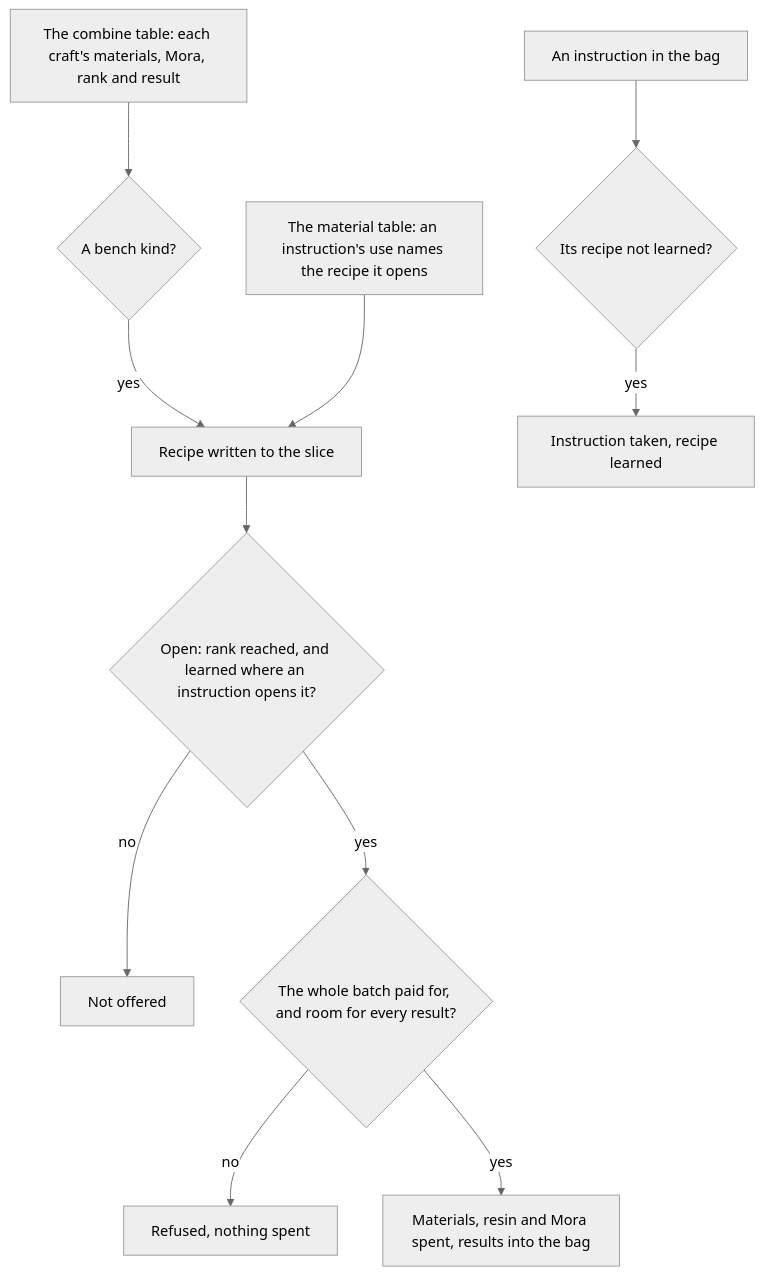
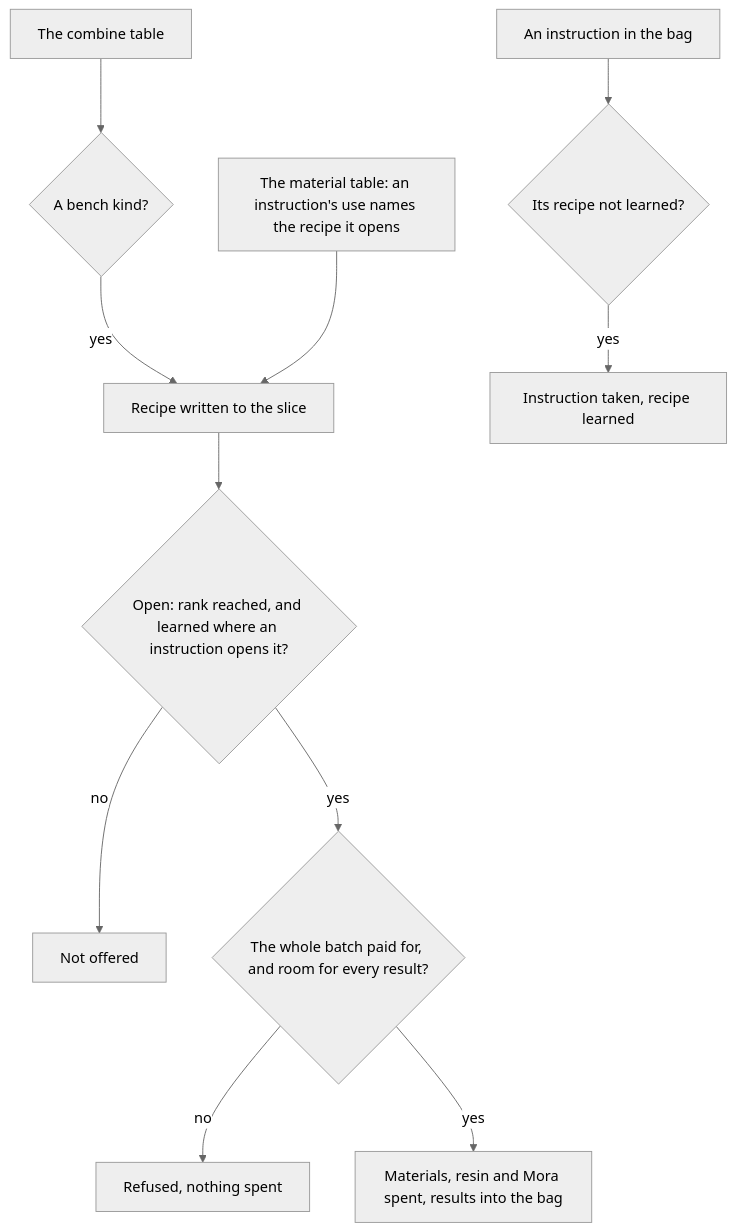
The first of 2 diagrams in openspec/specs/genshin/crafting/design.md (Esposter/Esposter), drawn with Mermaid (neutral theme) before and after one commit. The commit also changed other lines of this file and 8 other files, not shown here.

````diff
--- a/openspec/specs/genshin/crafting/design.md
+++ b/openspec/specs/genshin/crafting/design.md
@@ -7,13 +7,13 @@
 ```mermaid
 flowchart TD
-  C["The combine table: each craft's materials, Mora, rank and result"] --> K{"A bench kind?"}
+  C["The combine table"] --> K{"A bench kind?"}
   K -->|"yes"| R["Recipe written to the slice"]
   M["The material table: an instruction's use names the recipe it opens"] --> R
   R --> O{"Open: rank reached, and learned where an instruction opens it?"}
   O -->|"no"| H["Not offered"]
   O -->|"yes"| N{"The whole batch paid for, and room for every result?"}
   N -->|"no"| X["Refused, nothing spent"]
   N -->|"yes"| S["Materials, resin and Mora spent, results into the bag"]
   I["An instruction in the bag"] --> L{"Its recipe not learned?"}
   L -->|"yes"| LN["Instruction taken, recipe learned"]
 ```
````
